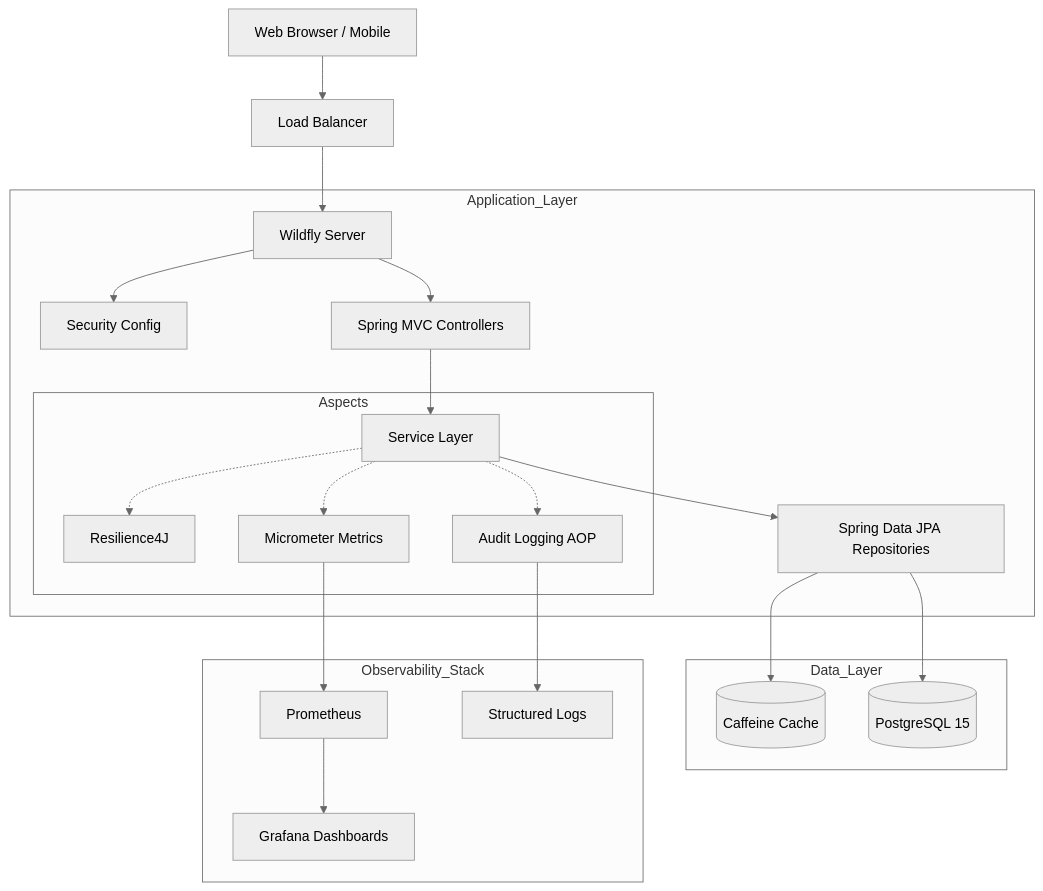
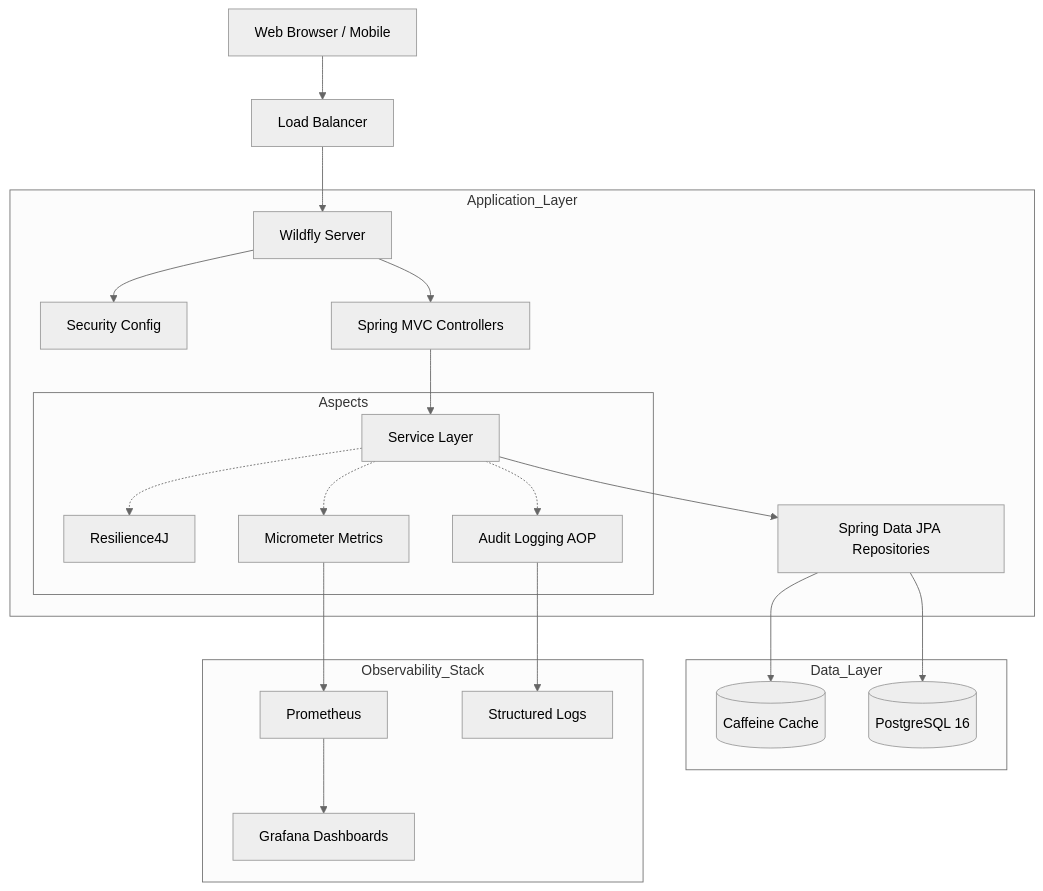
Before and after one commit to Smaz2024/spring-petclinic-migrated-21: the diagram in docs/HLD.md, drawn with Mermaid (neutral theme). The commit also changed other lines of this file and 6 other files, not shown here.

````diff
--- a/docs/HLD.md
+++ b/docs/HLD.md
@@ -8,30 +8,30 @@
 ```mermaid
 graph TD
     Client[Web Browser / Mobile] --> LB[Load Balancer]
     LB --> Web[Wildfly Server]
     
     subgraph Application_Layer
         Web --> Security[Security Config]
         Web --> MVC[Spring MVC Controllers]
         MVC --> Service[Service Layer]
         
         subgraph Aspects
             Service -.-> Resilience[Resilience4J]
             Service -.-> Metrics[Micrometer Metrics]
             Service -.-> Audit[Audit Logging AOP]
         end
         
         Service --> Repo[Spring Data JPA Repositories]
     end
     
     subgraph Data_Layer
         Repo --> Cache[(Caffeine Cache)]
-        Repo --> DB[(PostgreSQL 15)]
+        Repo --> DB[(PostgreSQL 16)]
     end
     
     subgraph Observability_Stack
         Metrics --> Prometheus[Prometheus]
         Prometheus --> Grafana[Grafana Dashboards]
         Audit --> Logs[Structured Logs]
     end
 ```
````
